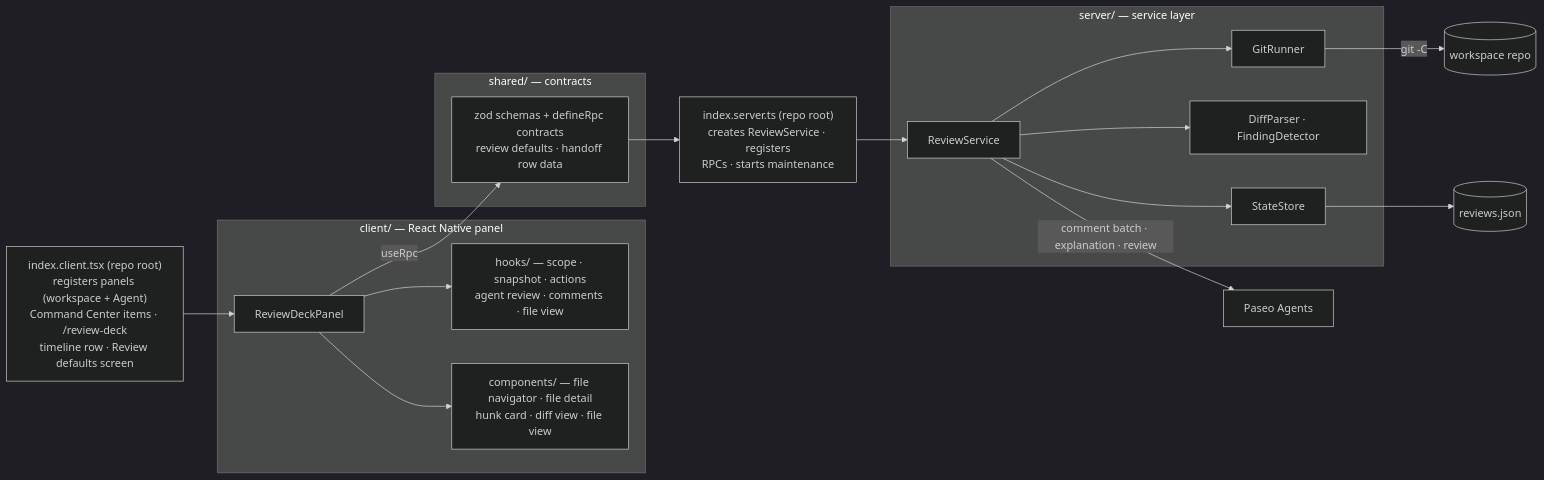
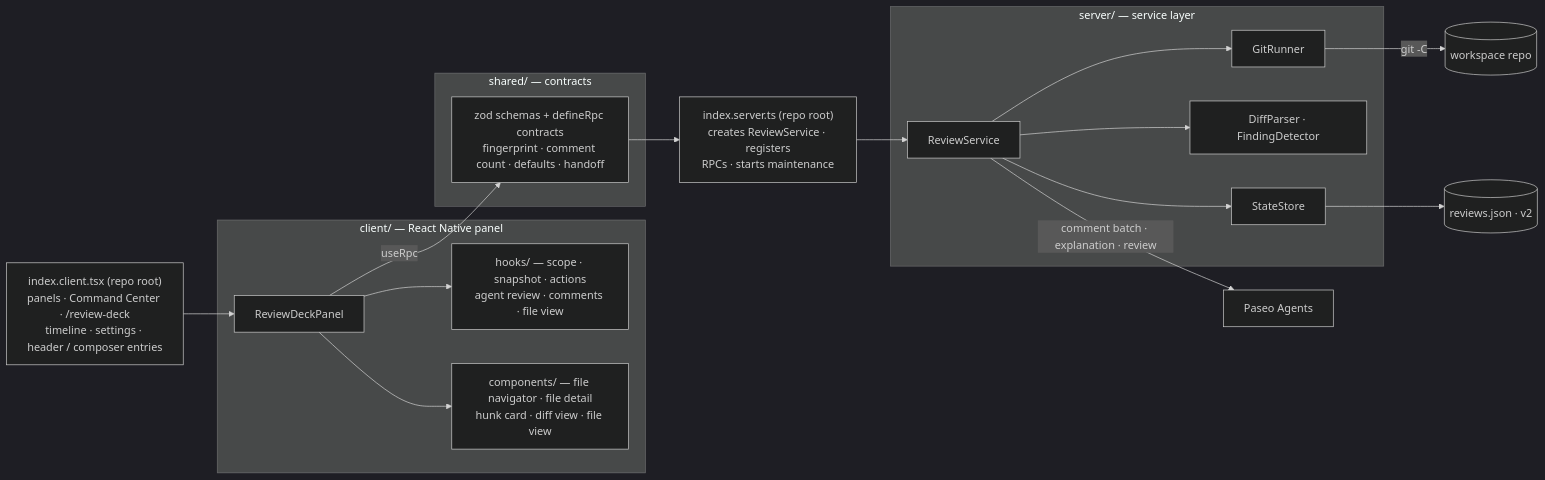
One commit to mentalfl0w/review-deck changed the second of 2 diagrams in README.md. Above: the diagram before and after it, drawn with Mermaid (dark theme). The commit also changed other lines of this file, not shown here.

````diff
--- a/README.md
+++ b/README.md
@@ -54,38 +55,38 @@
 ```mermaid
 flowchart LR
     subgraph panel["client/ — React Native panel"]
         Panel["ReviewDeckPanel"]
         Hooks["hooks/ — scope · snapshot · actions<br/>agent review · comments · file view"]
         UI["components/ — file navigator · file detail<br/>hunk card · diff view · file view"]
         Panel --> Hooks
         Panel --> UI
     end
 
     subgraph shared["shared/ — contracts"]
-        RPC["zod schemas + defineRpc contracts<br/>review defaults · handoff row data"]
+        RPC["zod schemas + defineRpc contracts<br/>fingerprint · comment count · defaults · handoff"]
     end
 
     subgraph server["server/ — service layer"]
         Svc["ReviewService"]
         Git["GitRunner"]
         Parse["DiffParser · FindingDetector"]
         Store["StateStore"]
         Svc --> Git
         Svc --> Parse
         Svc --> Store
     end
 
-    ClientEntry["index.client.tsx (repo root)<br/>registers panels (workspace + Agent)<br/>Command Center items · /review-deck<br/>timeline row · Review defaults screen"]
+    ClientEntry["index.client.tsx (repo root)<br/>panels · Command Center · /review-deck<br/>timeline · settings · header / composer entries"]
     ServerEntry["index.server.ts (repo root)<br/>creates ReviewService · registers<br/>RPCs · starts maintenance"]
     Agents["Paseo Agents"]
     Repo[("workspace repo")]
-    State[("reviews.json")]
+    State[("reviews.json · v2")]
 
     ClientEntry --> Panel
     Panel -- "useRpc" --> RPC
     RPC --> ServerEntry
     ServerEntry --> Svc
     Git -- "git -C <cwd>" --> Repo
     Store --> State
     Svc -- "comment batch · explanation · review" --> Agents
 ```
````
